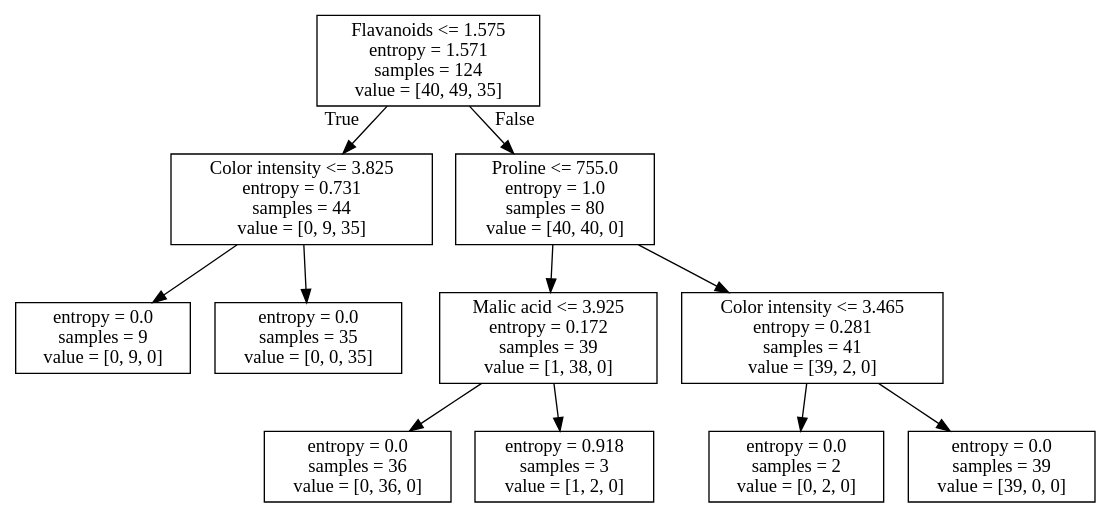
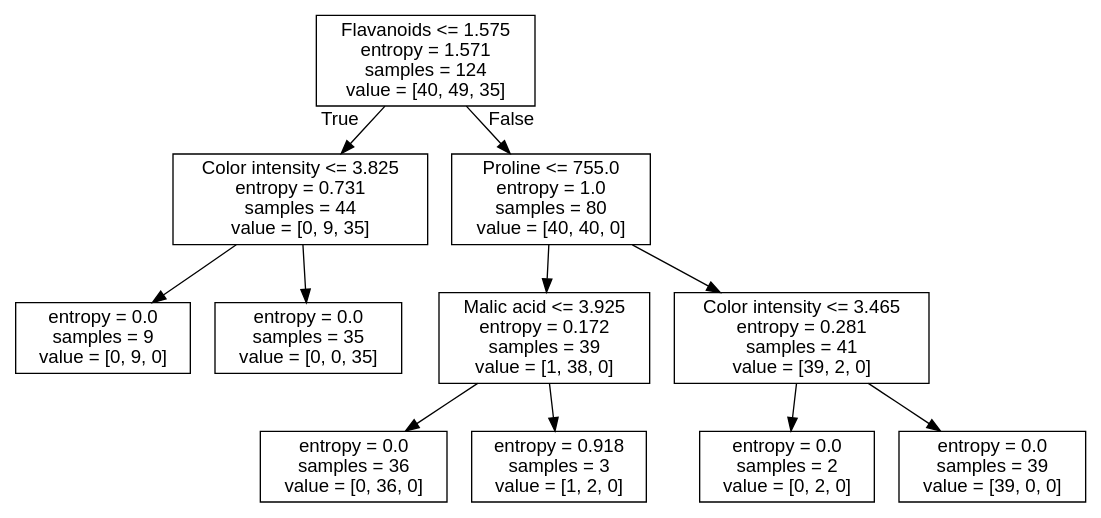
One commit to nthu-datalab/ml changed the diagram in labs/03_Decision-Tree_Random-Forest/output/tree.dot. Above: the diagram before and after it, drawn with Graphviz. The commit also changed 40 other files, not shown here.

```diff
--- a/labs/03_Decision-Tree_Random-Forest/output/tree.dot
+++ b/labs/03_Decision-Tree_Random-Forest/output/tree.dot
@@ -1,24 +1,25 @@
 digraph Tree {
-node [shape=box] ;
+node [shape=box, fontname="helvetica"] ;
+edge [fontname="helvetica"] ;
 0 [label="Flavanoids <= 1.575\nentropy = 1.571\nsamples = 124\nvalue = [40, 49, 35]"] ;
 1 [label="Color intensity <= 3.825\nentropy = 0.731\nsamples = 44\nvalue = [0, 9, 35]"] ;
 0 -> 1 [labeldistance=2.5, labelangle=45, headlabel="True"] ;
 2 [label="entropy = 0.0\nsamples = 9\nvalue = [0, 9, 0]"] ;
 1 -> 2 ;
 3 [label="entropy = 0.0\nsamples = 35\nvalue = [0, 0, 35]"] ;
 1 -> 3 ;
 4 [label="Proline <= 755.0\nentropy = 1.0\nsamples = 80\nvalue = [40, 40, 0]"] ;
 0 -> 4 [labeldistance=2.5, labelangle=-45, headlabel="False"] ;
 5 [label="Malic acid <= 3.925\nentropy = 0.172\nsamples = 39\nvalue = [1, 38, 0]"] ;
 4 -> 5 ;
 6 [label="entropy = 0.0\nsamples = 36\nvalue = [0, 36, 0]"] ;
 5 -> 6 ;
 7 [label="entropy = 0.918\nsamples = 3\nvalue = [1, 2, 0]"] ;
 5 -> 7 ;
 8 [label="Color intensity <= 3.465\nentropy = 0.281\nsamples = 41\nvalue = [39, 2, 0]"] ;
 4 -> 8 ;
 9 [label="entropy = 0.0\nsamples = 2\nvalue = [0, 2, 0]"] ;
 8 -> 9 ;
 10 [label="entropy = 0.0\nsamples = 39\nvalue = [39, 0, 0]"] ;
 8 -> 10 ;
 }
```
